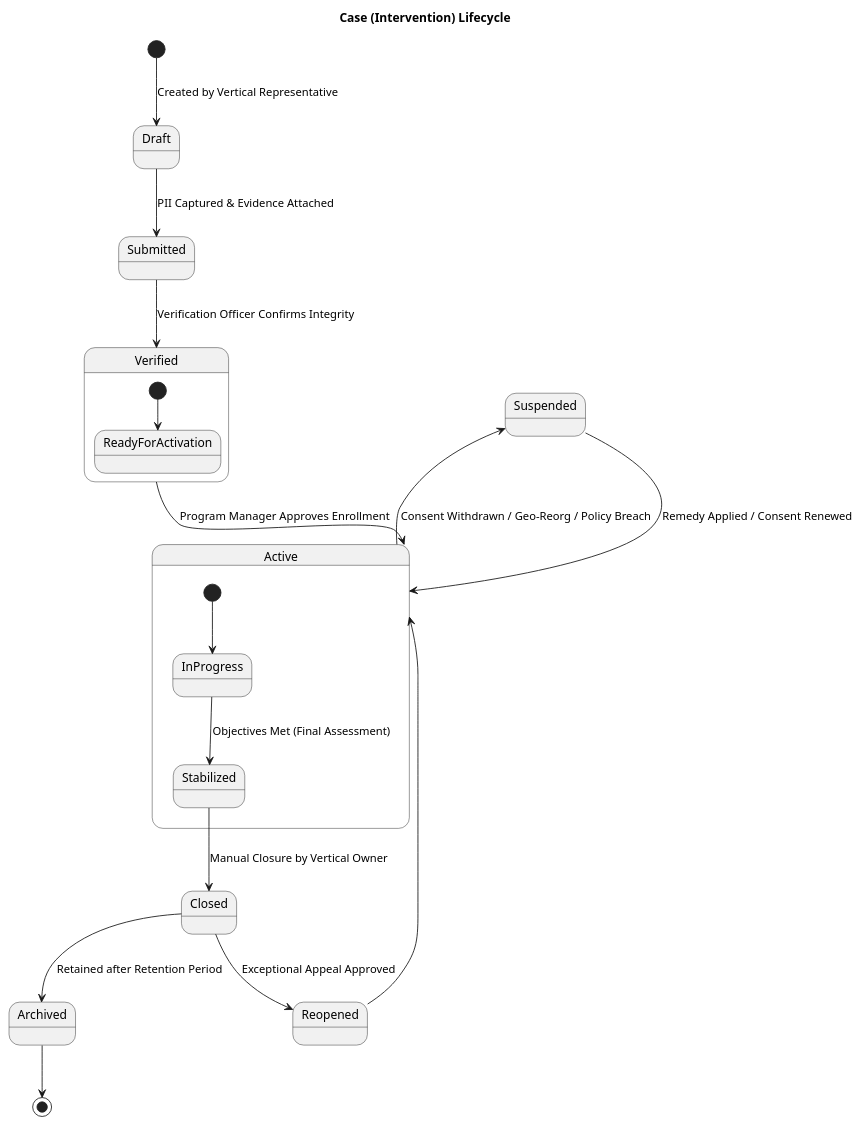
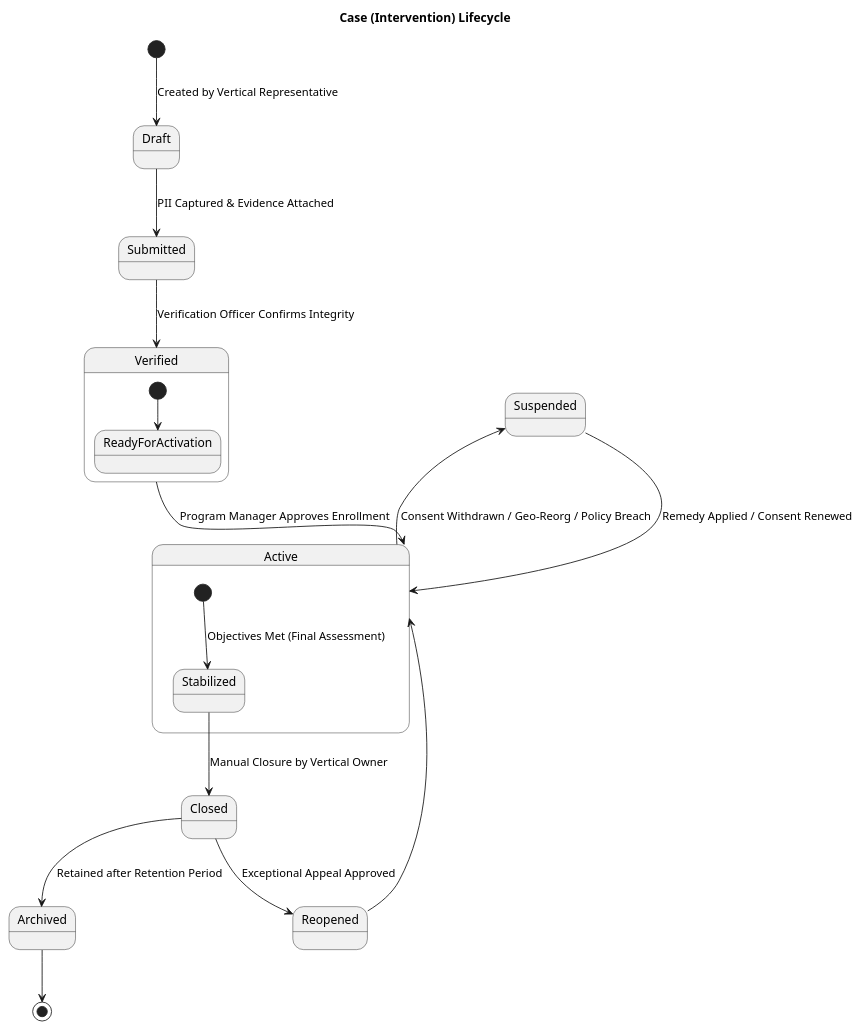
One commit to nisalatp/scp-spec changed the diagram in Docs/System/Workflows-Case-Management/diagrams/lifecycle.puml. Above: the diagram before and after it, drawn with PlantUML. The commit also changed 38 other files, not shown here.

```diff
--- a/Docs/System/Workflows-Case-Management/diagrams/lifecycle.puml
+++ b/Docs/System/Workflows-Case-Management/diagrams/lifecycle.puml
@@ -1,29 +1,28 @@
 @startuml case-lifecycle
 title Case (Intervention) Lifecycle
 
 [*] --> Draft : Created by Vertical Representative
 
 Draft --> Submitted : PII Captured & Evidence Attached
 Submitted --> Verified : Verification Officer Confirms Integrity
 
 state Verified {
   [*] --> ReadyForActivation
 }
 
 Verified --> Active : Program Manager Approves Enrollment
 Active --> Suspended : Consent Withdrawn / Geo-Reorg / Policy Breach
 Suspended --> Active : Remedy Applied / Consent Renewed
 
 state Active {
-  [*] --> InProgress
-  InProgress --> Stabilized : Objectives Met (Final Assessment)
+  [*] --> Stabilized : Objectives Met (Final Assessment)
 }
 
 Stabilized --> Closed : Manual Closure by Vertical Owner
 Closed --> Reopened : Exceptional Appeal Approved
 Reopened --> Active
 
 Closed --> Archived : Retained after Retention Period
 Archived --> [*]
 
 @enduml
```
